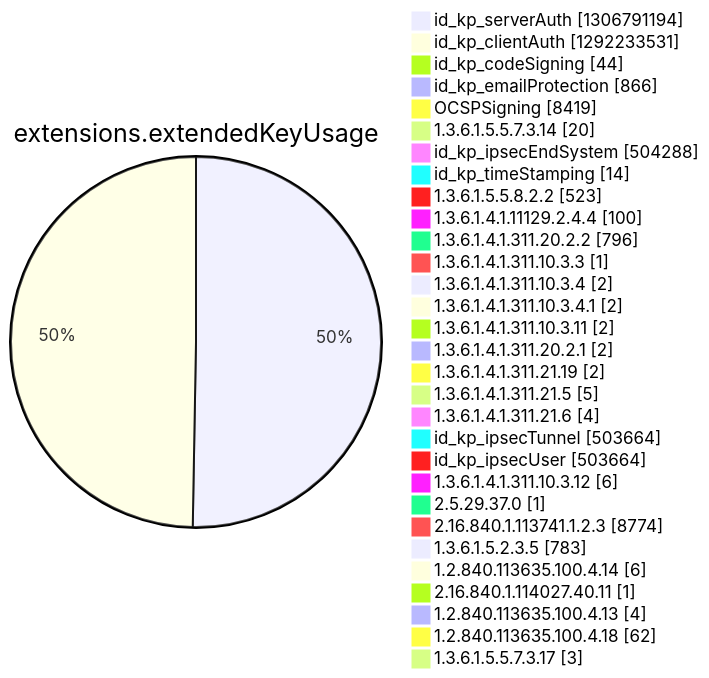
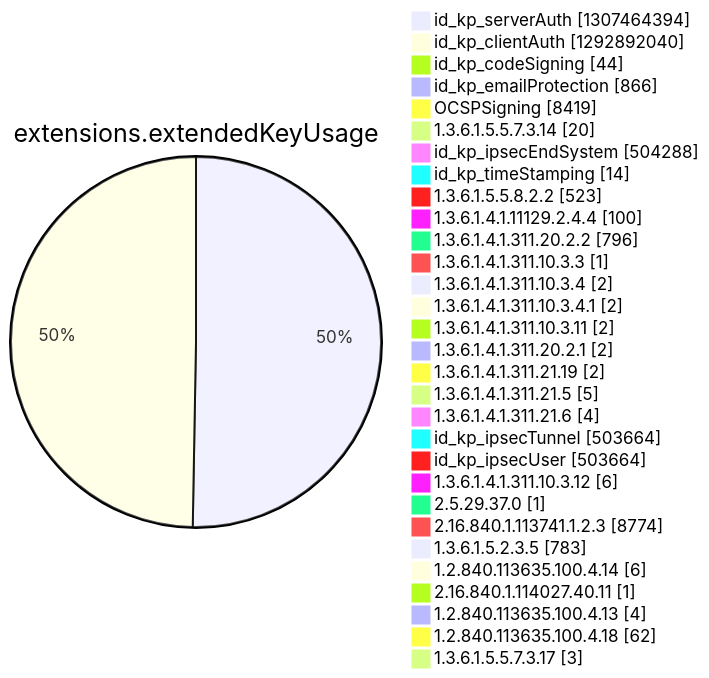
One commit to christiankrug/ctmonitor_visualization changed diagram 12 of 15 in argon2022/README.md. Above: the diagram before and after it, drawn with Mermaid. The commit also changed other lines of this file, not shown here.

````diff
--- a/argon2022/README.md
+++ b/argon2022/README.md
@@ -3551,34 +3552,34 @@
 ```mermaid
 pie showData
 title extensions.extendedKeyUsage
-"id_kp_serverAuth" :1306791194
-"id_kp_clientAuth" :1292233531
+"id_kp_serverAuth" :1307464394
+"id_kp_clientAuth" :1292892040
 "id_kp_codeSigning" :44
 "id_kp_emailProtection" :866
 "OCSPSigning" :8419
 "1.3.6.1.5.5.7.3.14" :20
 "id_kp_ipsecEndSystem" :504288
 "id_kp_timeStamping" :14
 "1.3.6.1.5.5.8.2.2" :523
 "1.3.6.1.4.1.11129.2.4.4" :100
 "1.3.6.1.4.1.311.20.2.2" :796
 "1.3.6.1.4.1.311.10.3.3" :1
 "1.3.6.1.4.1.311.10.3.4" :2
 "1.3.6.1.4.1.311.10.3.4.1" :2
 "1.3.6.1.4.1.311.10.3.11" :2
 "1.3.6.1.4.1.311.20.2.1" :2
 "1.3.6.1.4.1.311.21.19" :2
 "1.3.6.1.4.1.311.21.5" :5
 "1.3.6.1.4.1.311.21.6" :4
 "id_kp_ipsecTunnel" :503664
 "id_kp_ipsecUser" :503664
 "1.3.6.1.4.1.311.10.3.12" :6
 "2.5.29.37.0" :1
 "2.16.840.1.113741.1.2.3" :8774
 "1.3.6.1.5.2.3.5" :783
 "1.2.840.113635.100.4.14" :6
 "2.16.840.1.114027.40.11" :1
 "1.2.840.113635.100.4.13" :4
 "1.2.840.113635.100.4.18" :62
 "1.3.6.1.5.5.7.3.17" :3
 ```
````
